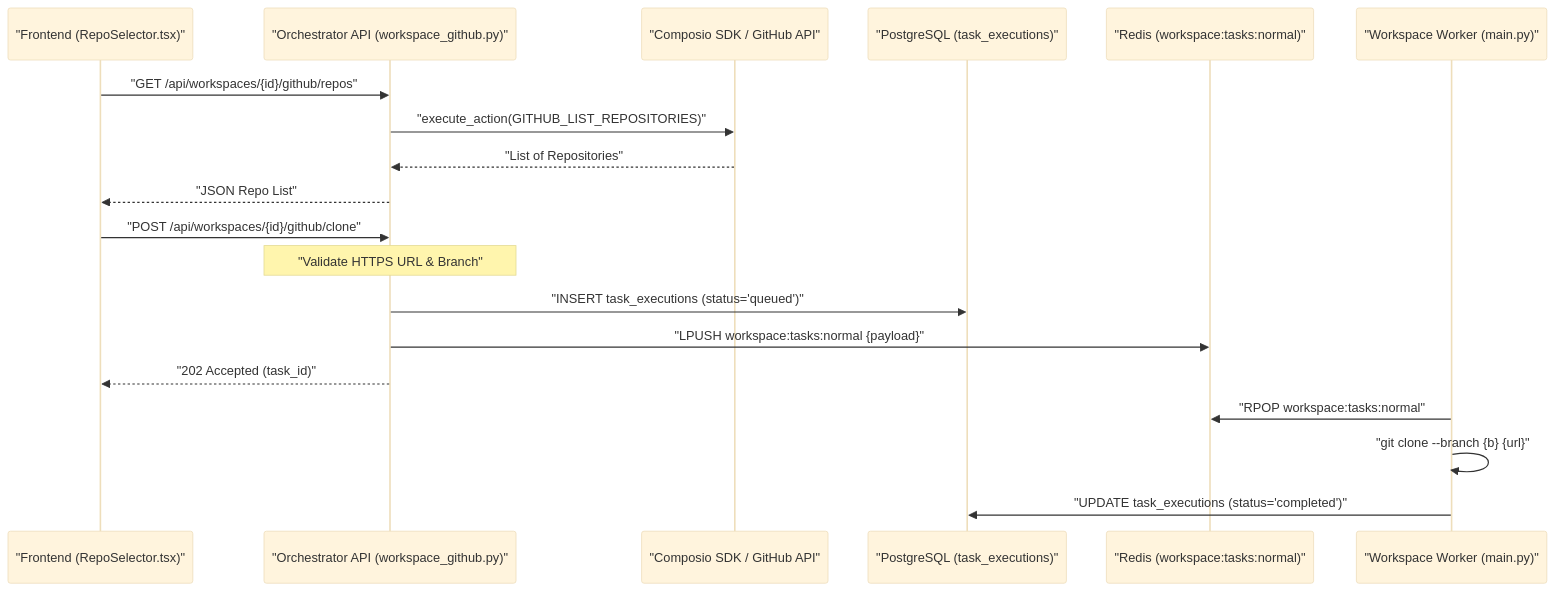
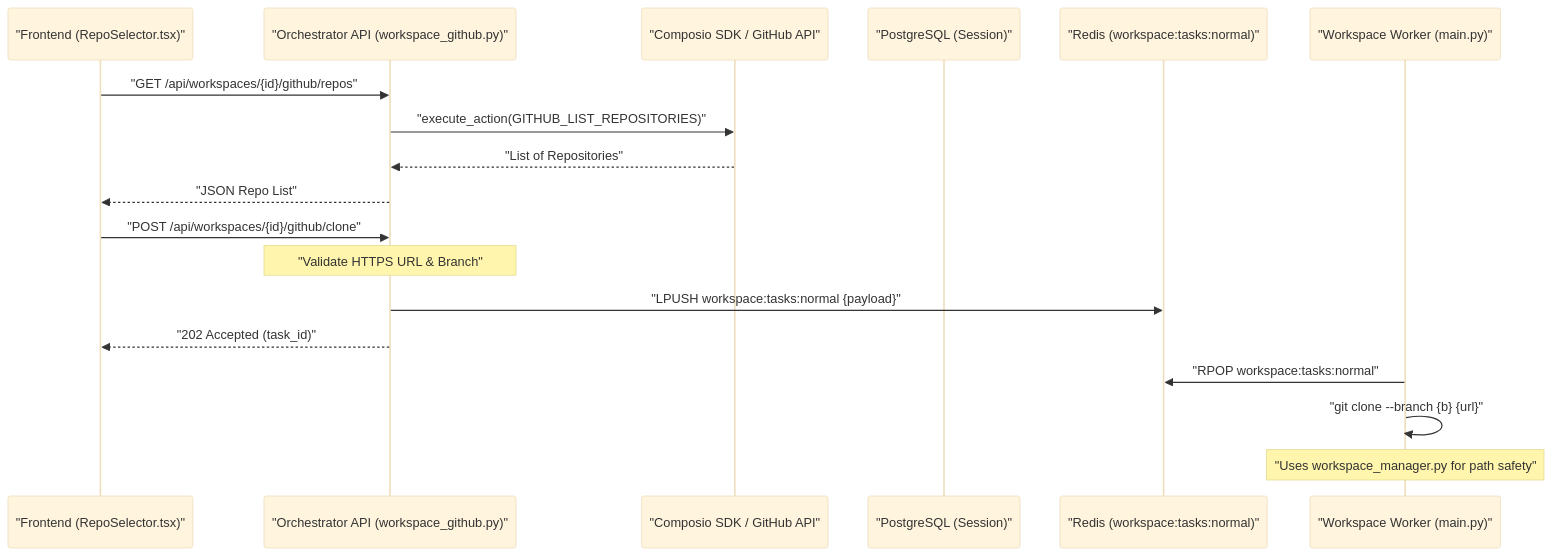
Before and after one commit to AutomatosAI/automatos-ai: the first of 2 diagrams in docs/workspace-execution/github-integration.md, drawn with Mermaid (base theme). The commit also changed other lines of this file and 153 other files, not shown here.

````diff
--- a/docs/workspace-execution/github-integration.md
+++ b/docs/workspace-execution/github-integration.md
@@ -46,24 +47,23 @@
 ```mermaid
 sequenceDiagram
     participant FE as "Frontend (RepoSelector.tsx)"
     participant API as "Orchestrator API (workspace_github.py)"
     participant CMP as "Composio SDK / GitHub API"
-    participant DB as "PostgreSQL (task_executions)"
+    participant DB as "PostgreSQL (Session)"
     participant RED as "Redis (workspace:tasks:normal)"
     participant WRK as "Workspace Worker (main.py)"
 
     FE->>API: "GET /api/workspaces/{id}/github/repos"
     API->>CMP: "execute_action(GITHUB_LIST_REPOSITORIES)"
     CMP-->>API: "List of Repositories"
     API-->>FE: "JSON Repo List"
 
     FE->>API: "POST /api/workspaces/{id}/github/clone"
     Note over API: "Validate HTTPS URL & Branch"
-    API->>DB: "INSERT task_executions (status='queued')"
     API->>RED: "LPUSH workspace:tasks:normal {payload}"
     API-->>FE: "202 Accepted (task_id)"
 
     WRK->>RED: "RPOP workspace:tasks:normal"
     WRK->>WRK: "git clone --branch {b} {url}"
-    WRK->>DB: "UPDATE task_executions (status='completed')"
+    Note over WRK: "Uses workspace_manager.py for path safety"
 ```
````
